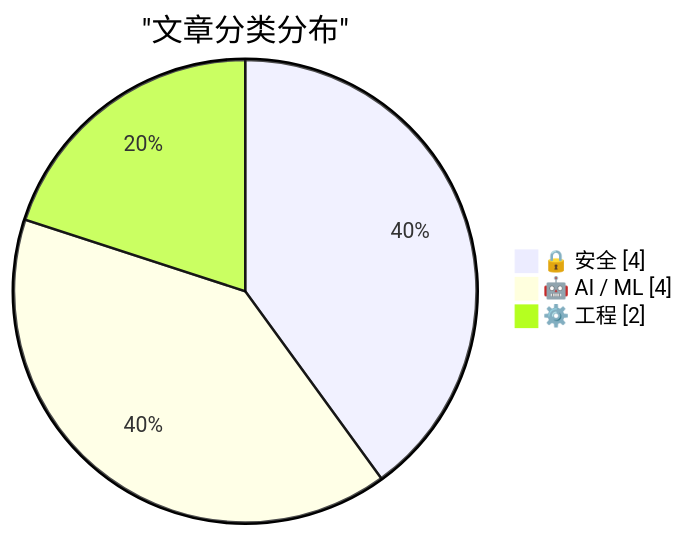
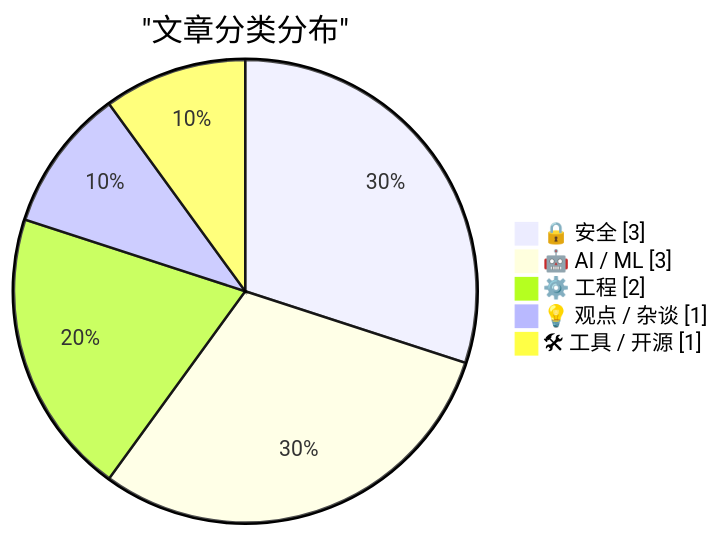
Before and after one commit to originem0/SZBlog: the first of 2 diagrams in content/ai-daily/2026-03-23.md, drawn with Mermaid. The commit also changed other lines of this file, not shown here.

````diff
--- a/content/ai-daily/2026-03-23.md
+++ b/content/ai-daily/2026-03-23.md
@@ -56,7 +56,9 @@
 ```mermaid
 pie showData
     title "文章分类分布"
-    "🔒 安全" : 4
-    "🤖 AI / ML" : 4
+    "🔒 安全" : 3
+    "🤖 AI / ML" : 3
     "⚙️ 工程" : 2
+    "💡 观点 / 杂谈" : 1
+    "🛠 工具 / 开源" : 1
 ```
````
